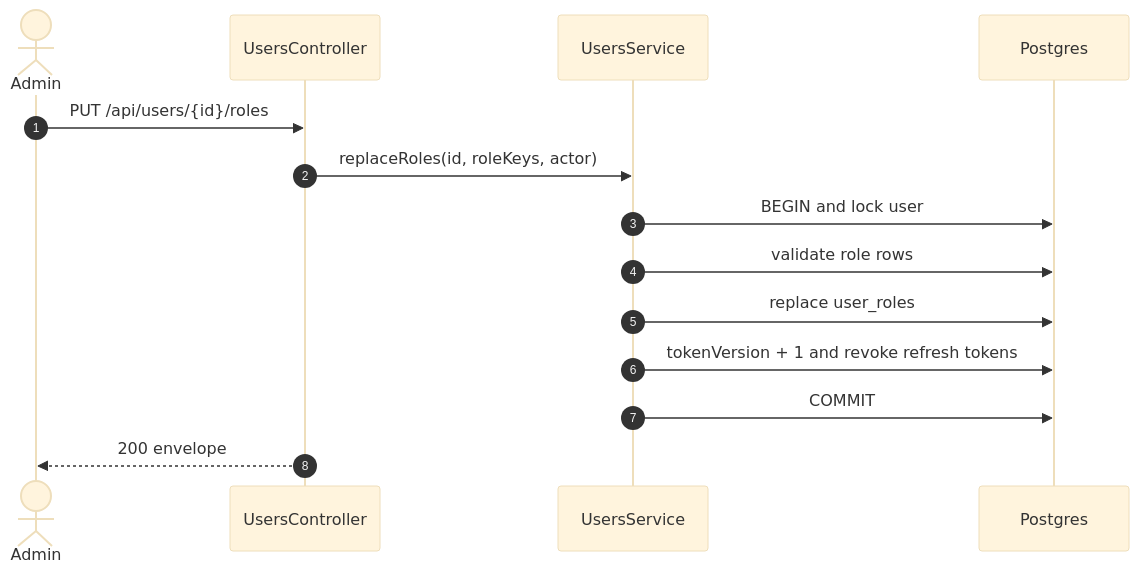
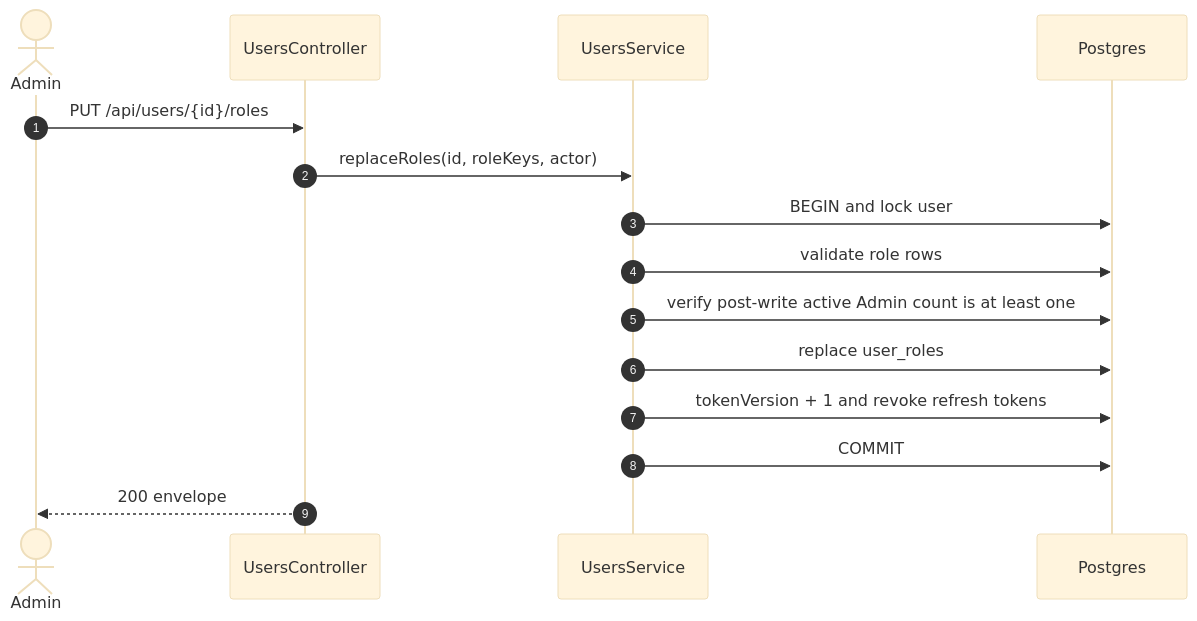
Before and after one commit to TrekLink-Team/treklink-web: the second of 2 diagrams in specs/auth/api-design/14-put-users-roles.md, drawn with Mermaid (base theme). The commit also changed other lines of this file and 9 other files, not shown here.

````diff
--- a/specs/auth/api-design/14-put-users-roles.md
+++ b/specs/auth/api-design/14-put-users-roles.md
@@ -98,16 +97,17 @@
 ```mermaid
 sequenceDiagram
     autonumber
     actor Admin
     participant Controller as UsersController
     participant Service as UsersService
     participant DB as Postgres
     Admin->>Controller: PUT /api/users/{id}/roles
     Controller->>Service: replaceRoles(id, roleKeys, actor)
     Service->>DB: BEGIN and lock user
     Service->>DB: validate role rows
+    Service->>DB: verify post-write active Admin count is at least one
     Service->>DB: replace user_roles
     Service->>DB: tokenVersion + 1 and revoke refresh tokens
     Service->>DB: COMMIT
     Controller-->>Admin: 200 envelope
 ```
````
